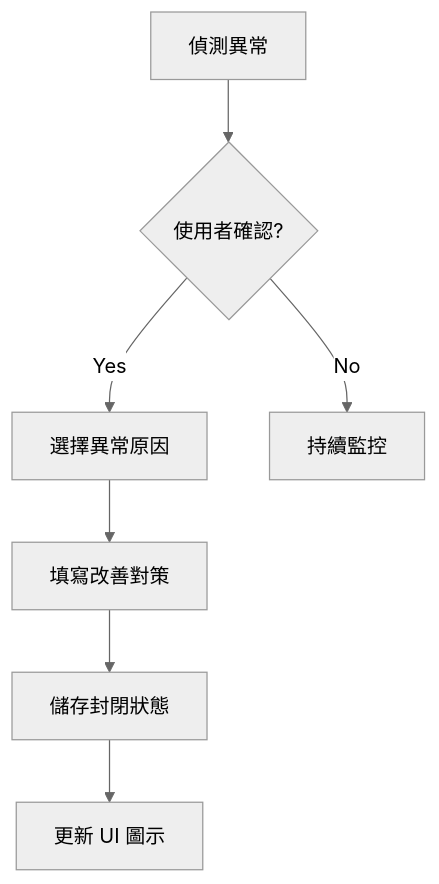
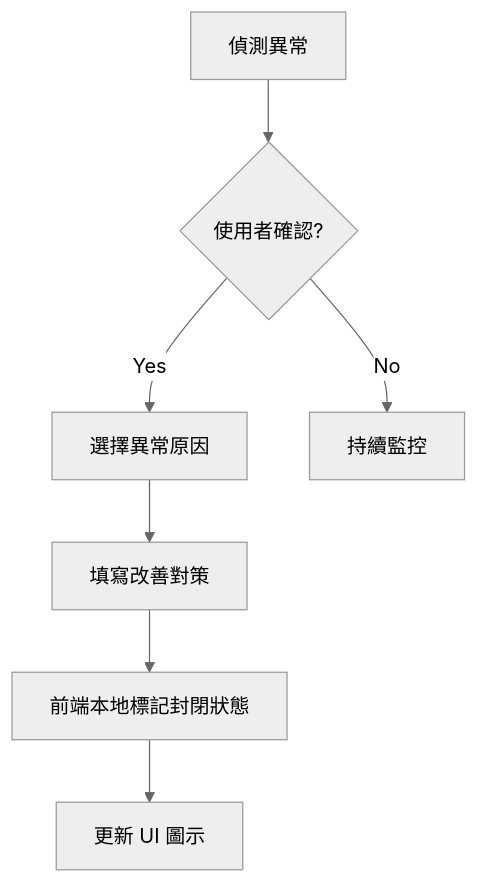
One commit to henry5720/work-docs changed the third of 3 diagrams in docs/spc/02_FSD_功能規格書.md. Above: the diagram before and after it, drawn with Mermaid (neutral theme). The commit also changed other lines of this file and 7 other files, not shown here.

````diff
--- a/docs/spc/02_FSD_功能規格書.md
+++ b/docs/spc/02_FSD_功能規格書.md
@@ -301,9 +311,9 @@
 ```mermaid
 flowchart TD
     A[偵測異常] --> B{使用者確認?}
     B -->|Yes| C[選擇異常原因]
     C --> D[填寫改善對策]
-    D --> E[儲存封閉狀態]
+    D --> E[前端本地標記封閉狀態]
     E --> F[更新 UI 圖示]
     B -->|No| G[持續監控]
 ```
````
